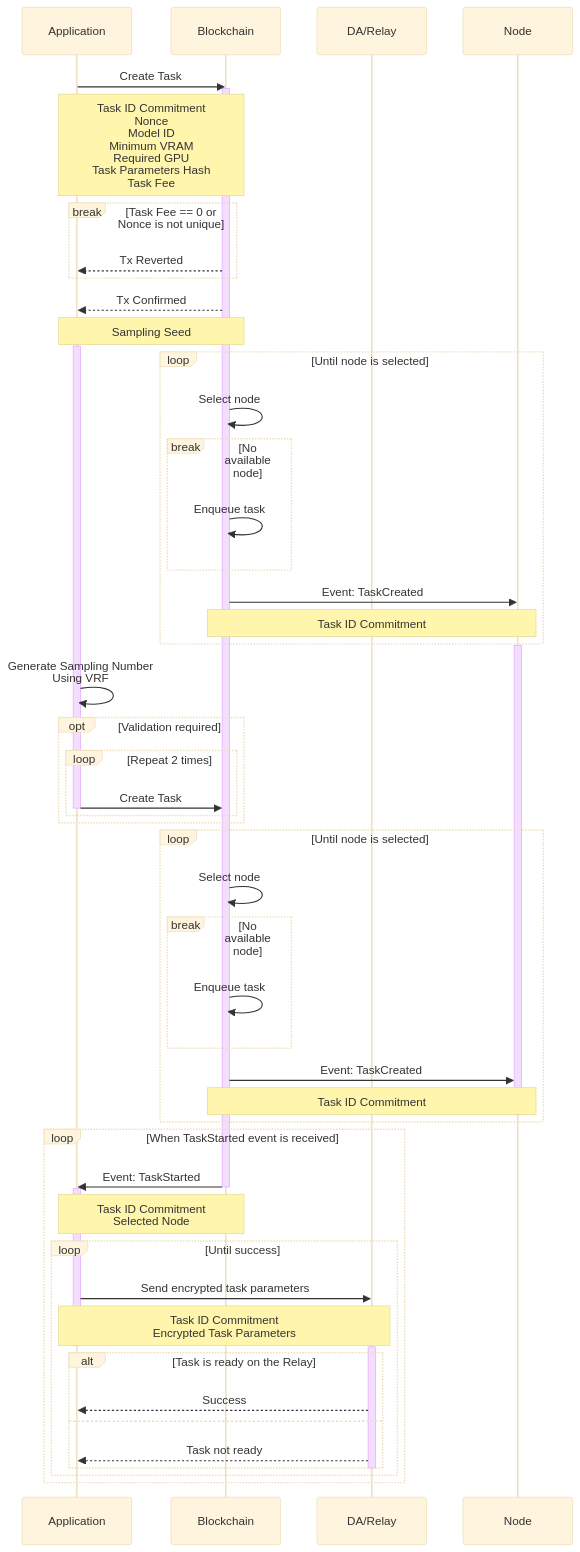
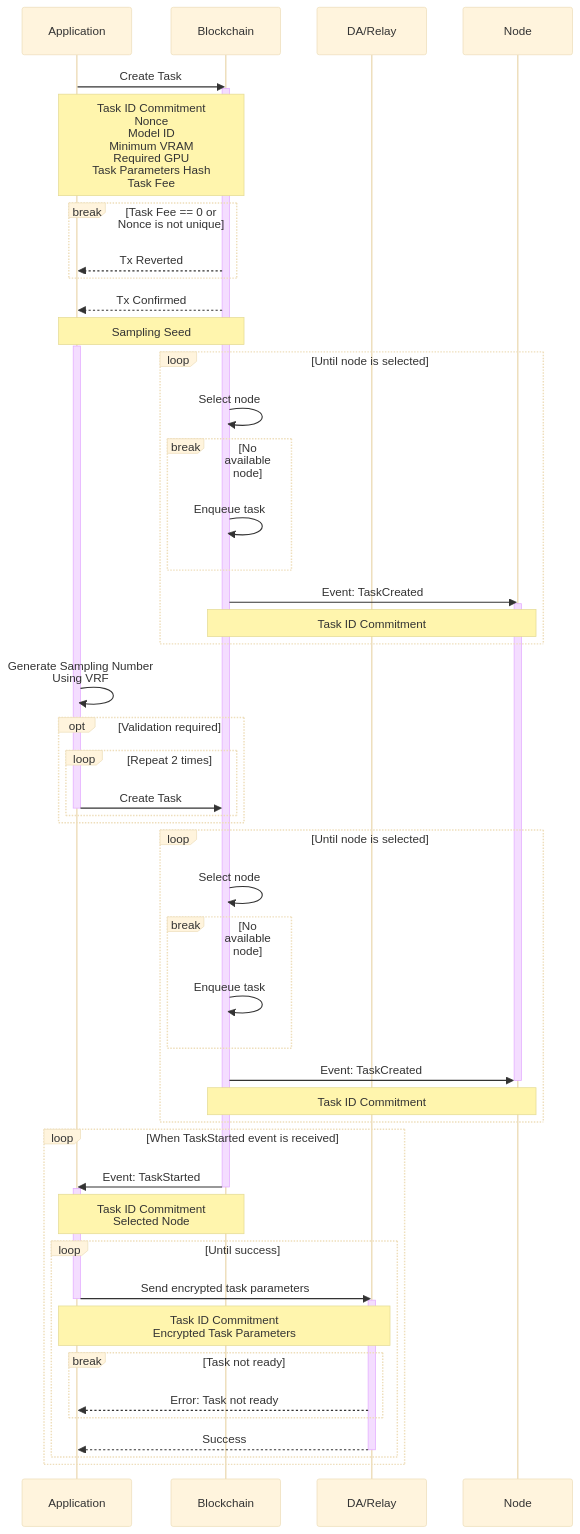
The first of 2 diagrams in gitbook/system-design/task-lifecycle.md (crynux-ai/documentation), drawn with Mermaid (base theme) before and after one commit. The commit also changed other lines of this file, not shown here.

Commit message:
GITBOOK-265: No subject

````diff
--- a/gitbook/system-design/task-lifecycle.md
+++ b/gitbook/system-design/task-lifecycle.md
@@ -17,66 +17,70 @@
 ```mermaid
 sequenceDiagram
     Participant A as Application
     Participant B as Blockchain
     Participant R as DA/Relay
     Participant N as Node
 
     A ->> B: Create Task
     activate B
     Note over A,B: Task ID Commitment<br/>Nonce<br/>Model ID<br/>Minimum VRAM<br/>Required GPU<br/>Task Parameters Hash<br/>Task Fee
 
     break Task Fee == 0 or Nonce is not unique
         B -->> A: Tx Reverted
     end
     
     B -->> A: Tx Confirmed
     Note over A,B: Sampling Seed
     activate A
     
     loop Until node is selected
         B ->> B: Select node
         break No available node
             B ->> B: Enqueue task
         end
         B ->> N: Event: TaskCreated
+        activate N
         Note over B,N: Task ID Commitment
     end
 
-    activate N
+    
     A ->> A: Generate Sampling Number<br/>Using VRF
     opt Validation required
         loop Repeat 2 times
             A ->> B: Create Task
             deactivate A
         end
     end
 
     loop Until node is selected
         B ->> B: Select node
         break No available node
             B ->> B: Enqueue task
         end
         B ->> N: Event: TaskCreated
+        deactivate N
         Note over B,N: Task ID Commitment
-        deactivate N
+        
     end
 
     loop When TaskStarted event is received
         B ->> A: Event: TaskStarted
         deactivate B
         activate A
         Note over A,B: Task ID Commitment<br/>Selected Node
+        
         loop Until success
+            
             A ->> R: Send encrypted task parameters
-            Note over A,R: Task ID Commitment<br/>Encrypted Task Parameters
             deactivate A
             activate R
-            alt Task is ready on the Relay
-                R -->> A: Success
-            else
-                R -->> A: Task not ready
+            Note over A,R: Task ID Commitment<br/>Encrypted Task Parameters
+            
+            break Task not ready
+                R -->> A: Error: Task not ready
             end
+            R -->> A: Success
             deactivate R
         end
     end
 ```
````
